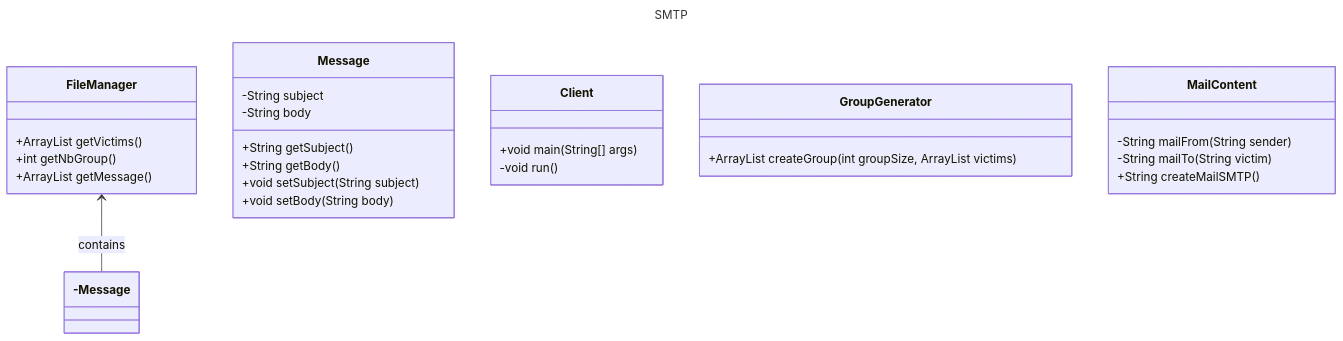
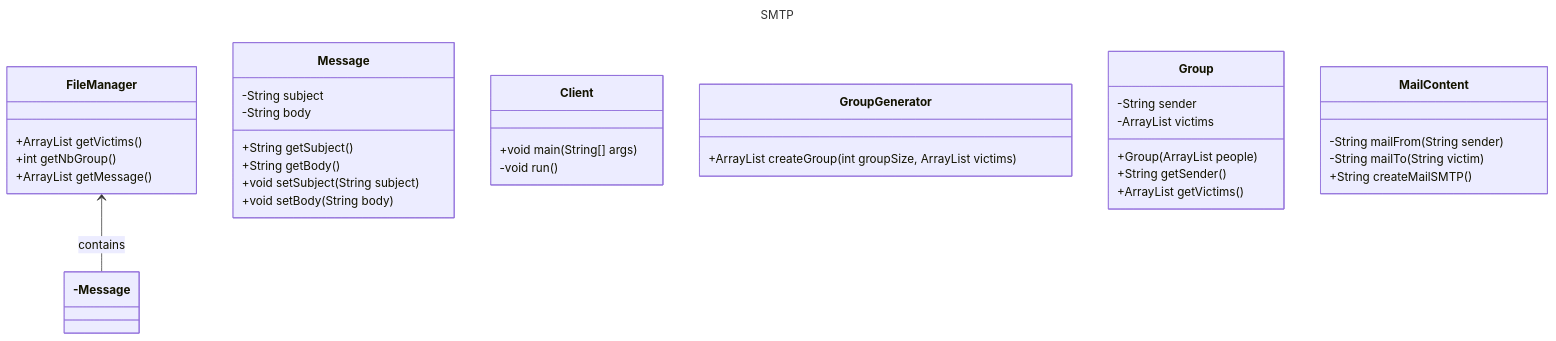
One commit to evarayHEIG/dai-labo4-smtp changed the diagram in README.md. Above: the diagram before and after it, drawn with Mermaid. The commit also changed other lines of this file, not shown here.

Commit message:
Change UML for groups.

````diff
--- a/README.md
+++ b/README.md
@@ -33,39 +33,47 @@
 ```mermaid
 ---
 title: SMTP
 ---
 classDiagram
     
     class FileManager {
         +ArrayList<String> getVictims()
         +int getNbGroup()
         +ArrayList<String> getMessage()
     }
     
     class Message {
         -String subject
         -String body
         +String getSubject()
         +String getBody()
         +void setSubject(String subject)
         +void setBody(String body)
     }
     
     class Client {
         +void main(String[] args)
         -void run()
     }
     
     class GroupGenerator {
         +ArrayList<String> createGroup(int groupSize, ArrayList<String> victims)
     }
     
+    class Group {
+        -String sender
+        -ArrayList<String> victims
+        +Group(ArrayList<String> people)
+        +String getSender()
+        +ArrayList<String> getVictims()
+    }
+    
     class MailContent {
         -String mailFrom(String sender)
         -String mailTo(String victim)
         +String createMailSMTP()
     }
 
     FileManager <--- Message : contains
 
 ```
````
